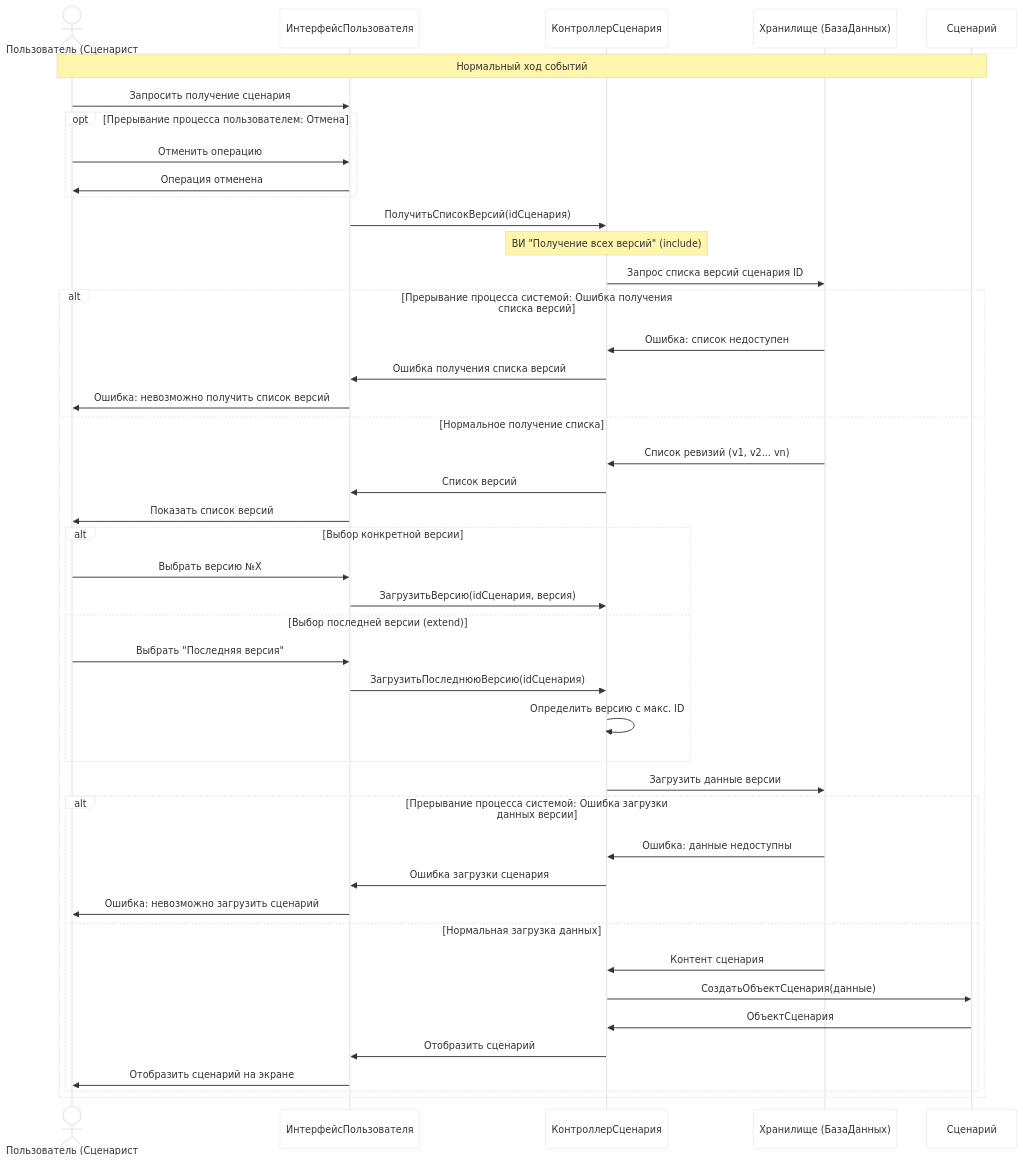
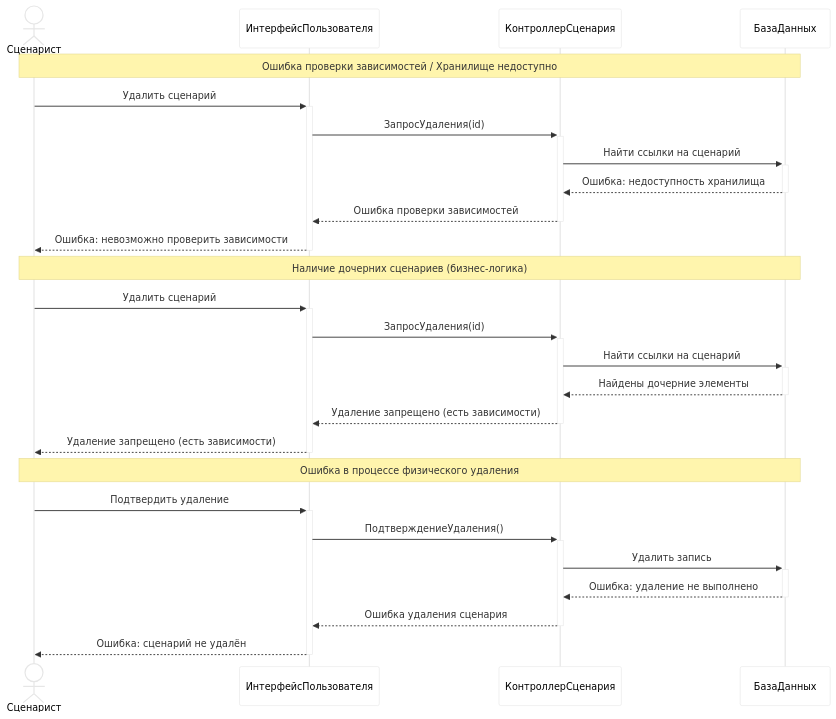
Before and after one commit to CHSU-scenarAIst/diagrammy: the eighth of 9 diagrams in Диаграмма последовательностей взаимодействия объектов классов пакета Обработка эмбеддингов.md, drawn with Mermaid. The commit also changed other lines of this file and 2 other files, not shown here.

````diff
--- a/Диаграмма последовательностей взаимодействия объектов классов пакета Обработка эмбеддингов.md
+++ b/Диаграмма последовательностей взаимодействия объектов классов пакета Обработка эмбеддингов.md
@@ -138,55 +157,32 @@
 ```mermaid
-%%{init: {'theme': 'base', 'themeVariables': { 'primaryColor': '#fff', 'edgeColor': '#000', 'lineColor': '#000'}}}%%
+%%{init: {'theme': 'base', 'themeVariables': { 'primaryColor': '#fff', 'edgeColor': '#000', 'lineColor': '#000', 'actorTextColor': '#000'}}}%%
 sequenceDiagram
-    actor User as Пользователь (Сценарист
+    actor User as Сценарист
     participant UI as ИнтерфейсПользователя
     participant Controller as КонтроллерСценария
-    participant Storage as Хранилище (БазаДанных)
-    participant Scenario as Сценарий
+    participant Storage as БазаДанных
 
-    Note over User,Scenario: Нормальный ход событий
-    User->>UI: Запросить получение сценария
-    
-    opt Прерывание процесса пользователем: Отмена
-        User->>UI: Отменить операцию
-        UI->>User: Операция отменена
-    end
-    
-    UI->>Controller: ПолучитьСписокВерсий(idСценария)
-    
-    Note over Controller: ВИ "Получение всех версий" (include)
-    Controller->>Storage: Запрос списка версий сценария ID
-    
-    alt Прерывание процесса системой: Ошибка получения списка версий
-        Storage->>Controller: Ошибка: список недоступен
-        Controller->>UI: Ошибка получения списка версий
-        UI->>User: Ошибка: невозможно получить список версий
-    else Нормальное получение списка
-        Storage->>Controller: Список ревизий (v1, v2... vn)
-        Controller->>UI: Список версий
-        UI->>User: Показать список версий
-        
-        alt Выбор конкретной версии
-            User->>UI: Выбрать версию №X
-            UI->>Controller: ЗагрузитьВерсию(idСценария, версия)
-        else Выбор последней версии (extend)
-            User->>UI: Выбрать "Последняя версия"
-            UI->>Controller: ЗагрузитьПоследнююВерсию(idСценария)
-            Controller->>Controller: Определить версию с макс. ID
-        end
-        
-        Controller->>Storage: Загрузить данные версии
-        
-        alt Прерывание процесса системой: Ошибка загрузки данных версии
-            Storage->>Controller: Ошибка: данные недоступны
-            Controller->>UI: Ошибка загрузки сценария
-            UI->>User: Ошибка: невозможно загрузить сценарий
-        else Нормальная загрузка данных
-            Storage->>Controller: Контент сценария
-            Controller->>Scenario: СоздатьОбъектСценария(данные)
-            Scenario->>Controller: ОбъектСценария
-            Controller->>UI: Отобразить сценарий
-            UI->>User: Отобразить сценарий на экране
-        end
-    end
+    Note over User,Storage: Ошибка проверки зависимостей / Хранилище недоступно
+    User->>+UI: Удалить сценарий
+    UI->>+Controller: ЗапросУдаления(id)
+    Controller->>+Storage: Найти ссылки на сценарий
+    Storage-->>-Controller: Ошибка: недоступность хранилища
+    Controller-->>-UI: Ошибка проверки зависимостей
+    UI-->>-User: Ошибка: невозможно проверить зависимости
+
+    Note over User,Storage: Наличие дочерних сценариев (бизнес-логика)
+    User->>+UI: Удалить сценарий
+    UI->>+Controller: ЗапросУдаления(id)
+    Controller->>+Storage: Найти ссылки на сценарий
+    Storage-->>-Controller: Найдены дочерние элементы
+    Controller-->>-UI: Удаление запрещено (есть зависимости)
+    UI-->>-User: Удаление запрещено (есть зависимости)
+
+    Note over User,Storage: Ошибка в процессе физического удаления
+    User->>+UI: Подтвердить удаление
+    UI->>+Controller: ПодтверждениеУдаления()
+    Controller->>+Storage: Удалить запись
+    Storage-->>-Controller: Ошибка: удаление не выполнено
+    Controller-->>-UI: Ошибка удаления сценария
+    UI-->>-User: Ошибка: сценарий не удалён
 ```
````
